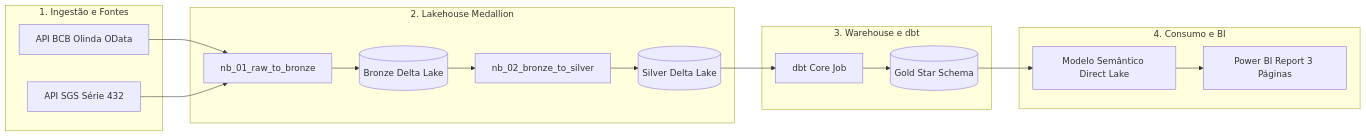
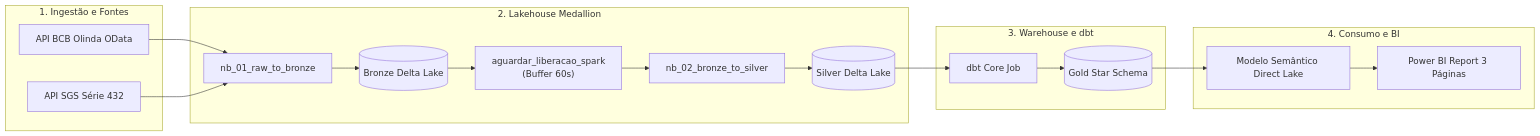
The diagram in README.md (leoserpa/fabric-focus-market-intelligence), drawn with Mermaid before and after one commit. The commit also changed 5 other files, not shown here.

Commit message:
docs: update mermaid architecture diagrams with spark stabilization wait activity

````diff
--- a/README.md
+++ b/README.md
@@ -31,34 +31,36 @@
 ```mermaid
 flowchart LR
     subgraph Ingestao ["1. Ingestão e Fontes"]
         A[API BCB Olinda OData]
         B[API SGS Série 432]
     end
 
     subgraph FabricLakehouse ["2. Lakehouse Medallion"]
         C[nb_01_raw_to_bronze]
         D[(Bronze Delta Lake)]
+        W["aguardar_liberacao_spark<br/>(Buffer 60s)"]
         E[nb_02_bronze_to_silver]
         F[(Silver Delta Lake)]
     end
 
     subgraph FabricWarehouse ["3. Warehouse e dbt"]
         G[dbt Core Job]
         H[(Gold Star Schema)]
     end
 
     subgraph Consumo ["4. Consumo e BI"]
         I[Modelo Semântico Direct Lake]
         J[Power BI Report 3 Páginas]
     end
 
     A --> C
     B --> C
     C --> D
-    D --> E
+    D --> W
+    W --> E
     E --> F
     F --> G
     G --> H
     H --> I
     I --> J
 ```
````
